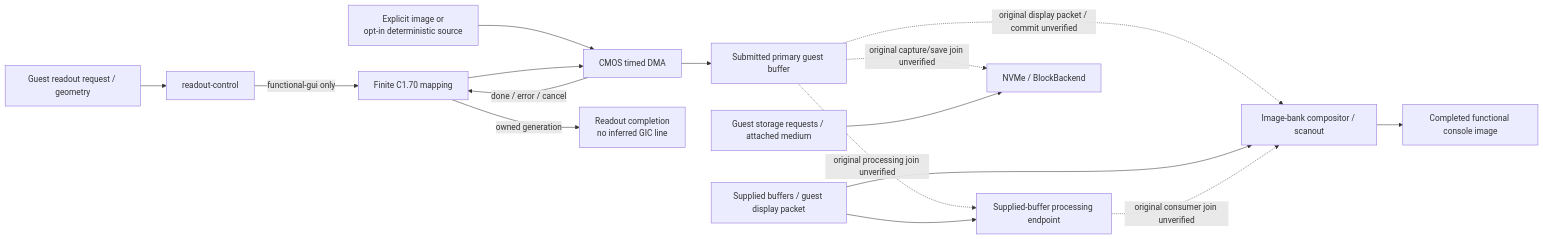
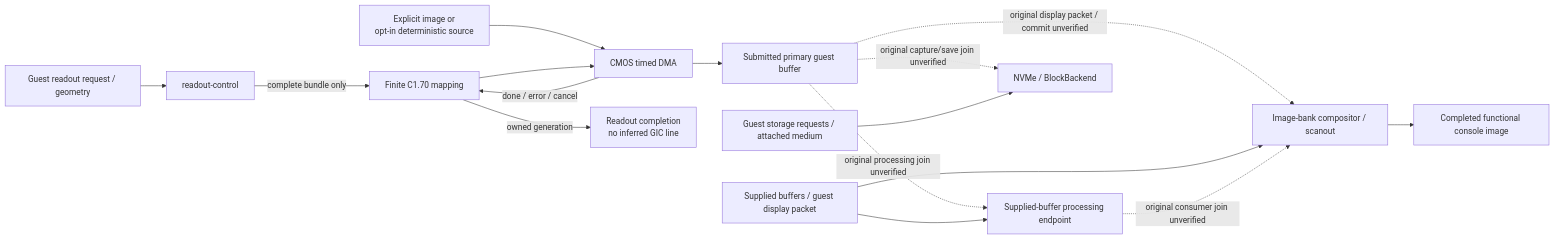
One commit to nightglasses/z7ii-qemu changed the second of 2 diagrams in docs/architecture/expeed6.md. Above: the diagram before and after it, drawn with Mermaid. The commit also changed 17 other files, not shown here.

````diff
--- a/docs/architecture/expeed6.md
+++ b/docs/architecture/expeed6.md
@@ -51,18 +51,18 @@
 ```mermaid
 flowchart LR
   Guest["Guest readout request / geometry"] --> Readout["readout-control"]
-  Readout -->|"functional-gui only"| Pipeline["Finite C1.70 mapping"]
+  Readout -->|"complete bundle only"| Pipeline["Finite C1.70 mapping"]
   Source["Explicit image or<br/>opt-in deterministic source"] --> CMOS["CMOS timed DMA"]
   Pipeline --> CMOS
   CMOS --> RAM["Submitted primary guest buffer"]
   CMOS -->|"done / error / cancel"| Pipeline
   Pipeline -->|"owned generation"| Completion["Readout completion<br/>no inferred GIC line"]
   RAM -. "original processing join unverified" .-> Process["Supplied-buffer processing endpoint"]
   RAM -. "original display packet / commit unverified" .-> Scanout["Image-bank compositor / scanout"]
   Supplied["Supplied buffers / guest display packet"] --> Process
   Supplied --> Scanout
   Process -. "original consumer join unverified" .-> Scanout
   Scanout --> Console["Completed functional console image"]
   RAM -. "original capture/save join unverified" .-> Save["NVMe / BlockBackend"]
   Requests["Guest storage requests / attached medium"] --> Save
 ```
````
